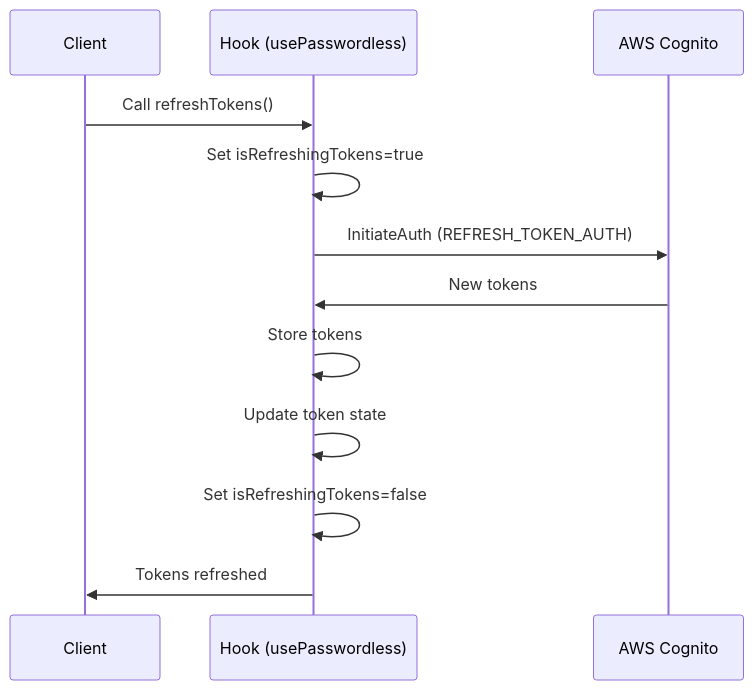
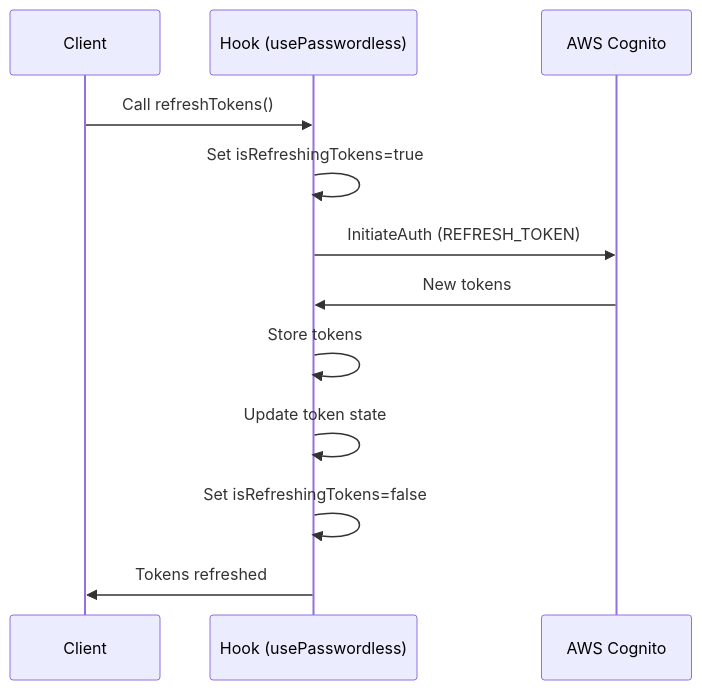
One commit to joinmeow/amazon-cognito-passwordless-auth changed the fourth of 6 diagrams in client/react/README-REACT.md. Above: the diagram before and after it, drawn with Mermaid. The commit also changed 2 other files, not shown here.

Commit message:
update auth type

````diff
--- a/client/react/README-REACT.md
+++ b/client/react/README-REACT.md
@@ -645,15 +645,15 @@
 ```mermaid
 sequenceDiagram
     participant C as Client
     participant W as Hook (usePasswordless)
     participant A as AWS Cognito
 
     C->>W: Call refreshTokens()
     W->>W: Set isRefreshingTokens=true
-    W->>A: InitiateAuth (REFRESH_TOKEN_AUTH)
+    W->>A: InitiateAuth (REFRESH_TOKEN)
     A->>W: New tokens
     W->>W: Store tokens
     W->>W: Update token state
     W->>W: Set isRefreshingTokens=false
     W->>C: Tokens refreshed
 ```
````
